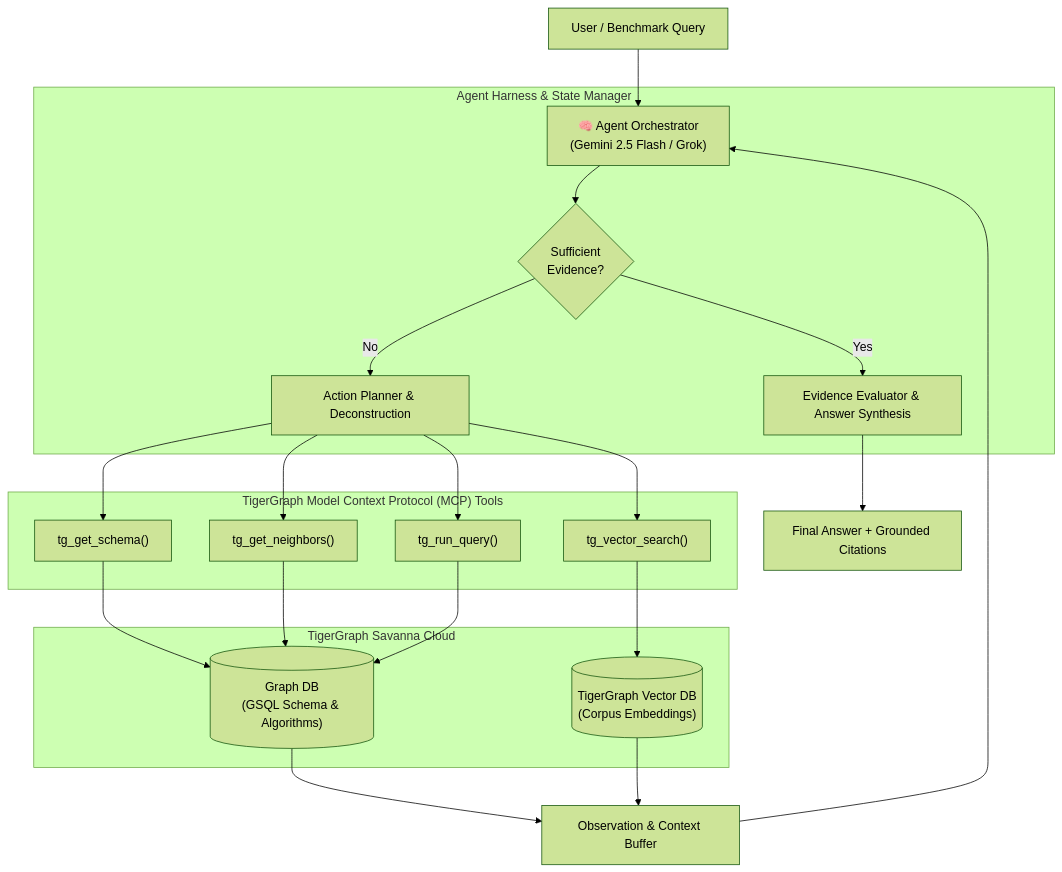
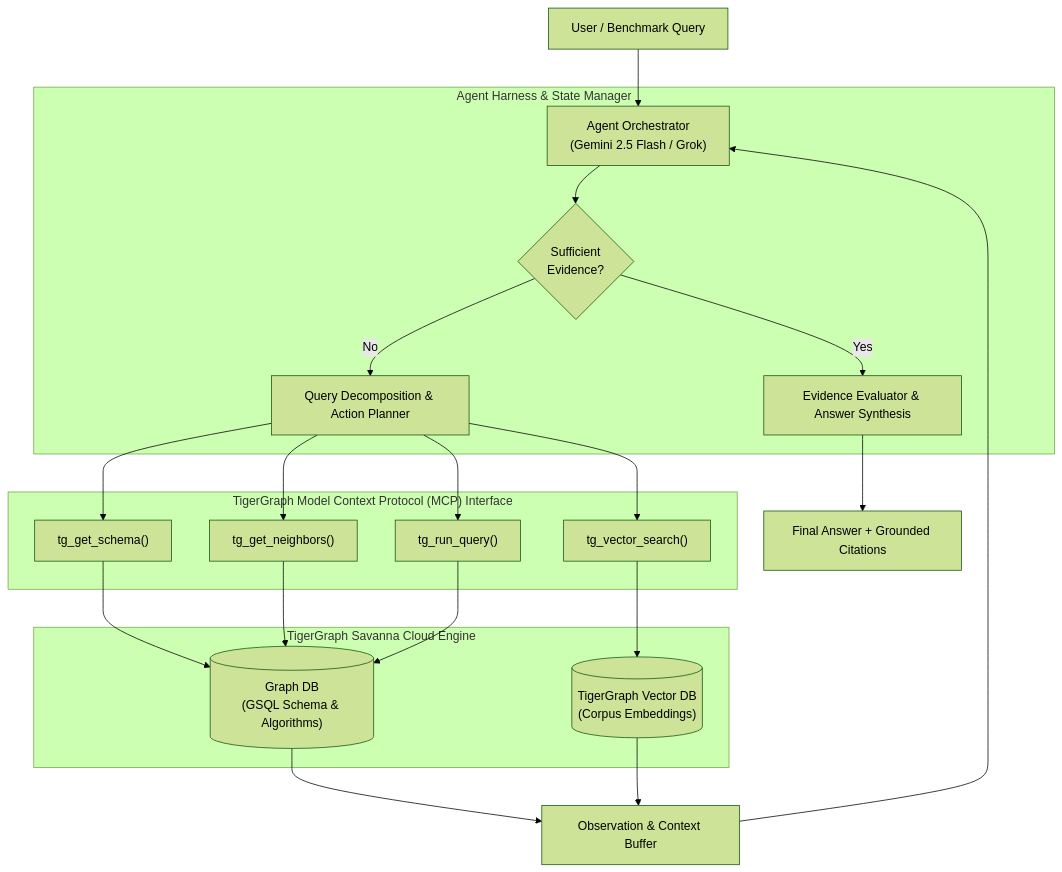
The diagram in README.md (rsvr76/Agentic-GraphRag), drawn with Mermaid (forest theme) before and after one commit. The commit also changed other lines of this file and 1 other file, not shown here.

````diff
--- a/README.md
+++ b/README.md
@@ -29,26 +27,26 @@
 ```mermaid
 flowchart TD
-    UserQuery["User / Benchmark Query"] --> Orchestrator["🧠 Agent Orchestrator<br>(Gemini 2.5 Flash / Grok)"]
+    UserQuery["User / Benchmark Query"] --> Orchestrator["Agent Orchestrator<br>(Gemini 2.5 Flash / Grok)"]
 
     subgraph AgentHarness["Agent Harness & State Manager"]
         Orchestrator --> Loop{"Sufficient<br>Evidence?"}
-        Loop -- No --> ActionPlanner["Action Planner & Deconstruction"]
+        Loop -- No --> ActionPlanner["Query Decomposition & Action Planner"]
         Loop -- Yes --> AnswerSynthesis["Evidence Evaluator & Answer Synthesis"]
     end
 
-    subgraph MCPInterface["TigerGraph Model Context Protocol (MCP) Tools"]
+    subgraph MCPInterface["TigerGraph Model Context Protocol (MCP) Interface"]
         ActionPlanner --> T1["tg_get_schema()"]
         ActionPlanner --> T2["tg_get_neighbors()"]
         ActionPlanner --> T3["tg_run_query()"]
         ActionPlanner --> T4["tg_vector_search()"]
     end
 
-    subgraph TigerGraphBackend["TigerGraph Savanna Cloud"]
+    subgraph TigerGraphBackend["TigerGraph Savanna Cloud Engine"]
         T1 & T2 & T3 --> GraphDB[("Graph DB<br>(GSQL Schema & Algorithms)")]
         T4 --> VectorDB[("TigerGraph Vector DB<br>(Corpus Embeddings)")]
     end
 
     GraphDB & VectorDB --> EvidenceStore["Observation & Context Buffer"]
     EvidenceStore --> Orchestrator
     AnswerSynthesis --> FinalOutput["Final Answer + Grounded Citations"]
 ```
````
